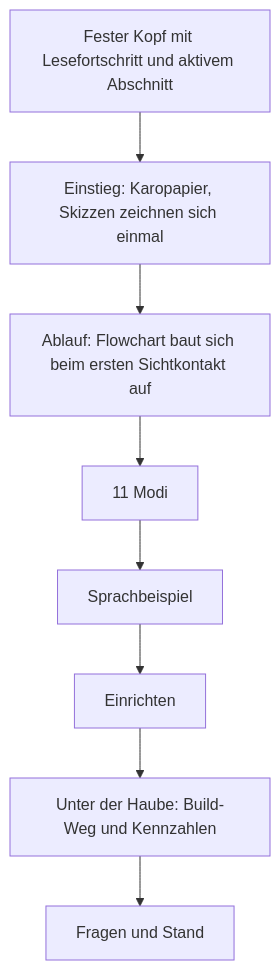
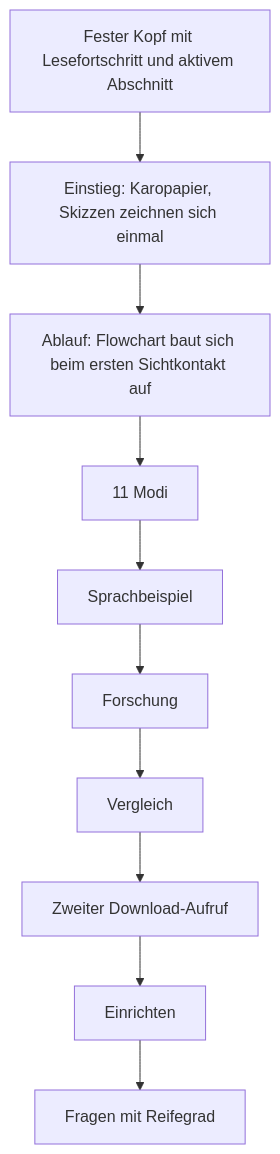
Before and after one commit to Sae-l/tutor: the diagram in Obsidian-tutor/11 Website.md, drawn with Mermaid. The commit also changed other lines of this file and 3 other files, not shown here.

First line of the commit message:
feat(web): Landingpage mit Forschung, Vergleich und Beispiel (#81)

````diff
--- a/Obsidian-tutor/11 Website.md
+++ b/Obsidian-tutor/11 Website.md
@@ -31,7 +32,7 @@
 ```mermaid
 flowchart TD
     N["Fester Kopf mit Lesefortschritt und aktivem Abschnitt"] --> H["Einstieg: Karopapier, Skizzen zeichnen sich einmal"]
     H --> A["Ablauf: Flowchart baut sich beim ersten Sichtkontakt auf"]
-    A --> M["11 Modi"] --> S["Sprachbeispiel"] --> E["Einrichten"]
-    E --> T["Unter der Haube: Build-Weg und Kennzahlen"] --> F["Fragen und Stand"]
+    A --> M["11 Modi"] --> S["Sprachbeispiel"] --> R["Forschung"] --> V["Vergleich"]
+    V --> C["Zweiter Download-Aufruf"] --> E["Einrichten"] --> F["Fragen mit Reifegrad"]
 ```
````
